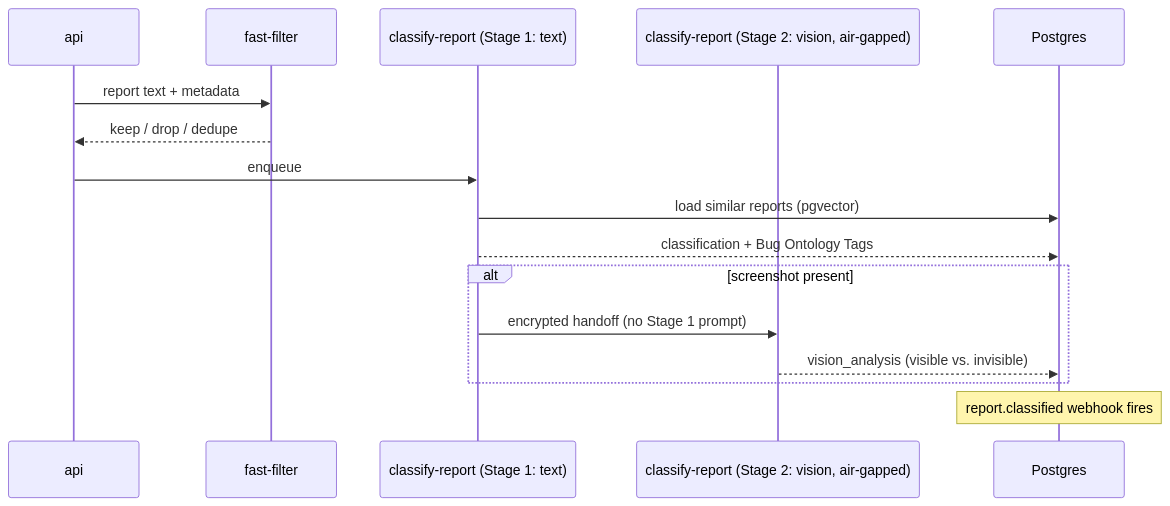
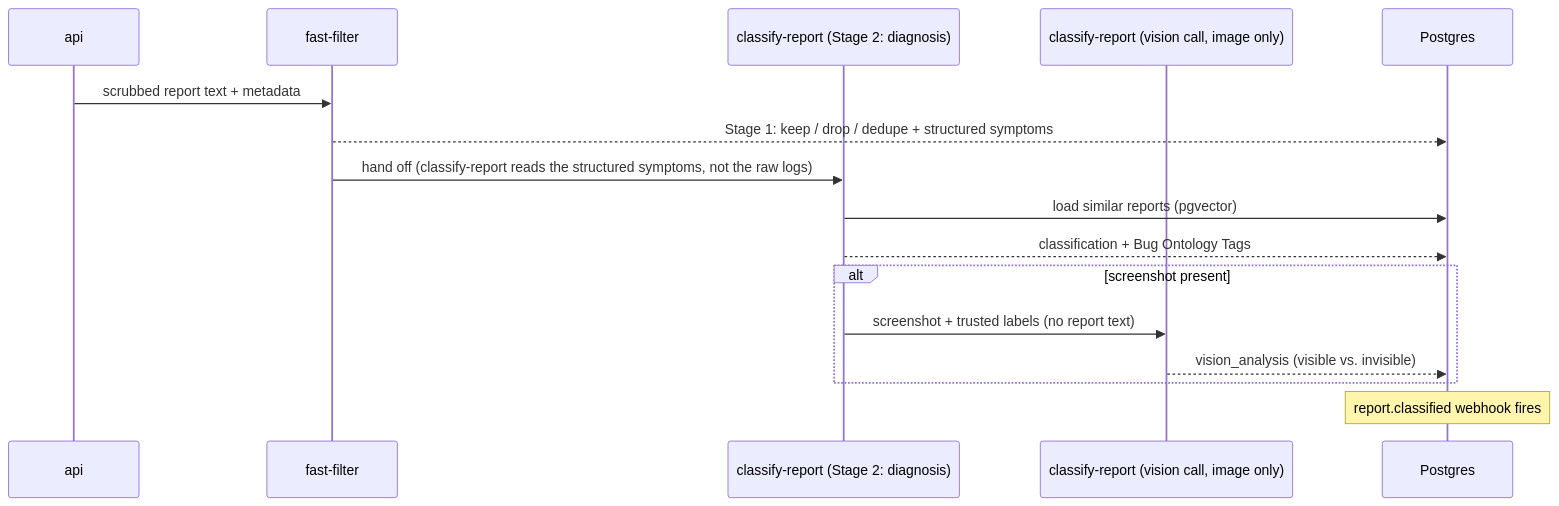
Before and after one commit to kensaurus/mushi-mushi: the diagram in apps/docs/content/concepts/classification.mdx, drawn with Mermaid. The commit also changed other lines of this file and 510 other files, not shown here.

````diff
--- a/apps/docs/content/concepts/classification.mdx
+++ b/apps/docs/content/concepts/classification.mdx
@@ -12,18 +12,18 @@
 ```mermaid
 sequenceDiagram
   participant API as api
   participant FF as fast-filter
-  participant CR as classify-report (Stage 1: text)
-  participant V as classify-report (Stage 2: vision, air-gapped)
+  participant CR as classify-report (Stage 2: diagnosis)
+  participant V as classify-report (vision call, image only)
   participant DB as Postgres
-  API->>FF: report text + metadata
-  FF-->>API: keep / drop / dedupe
-  API->>CR: enqueue
+  API->>FF: scrubbed report text + metadata
+  FF-->>DB: Stage 1: keep / drop / dedupe + structured symptoms
+  FF->>CR: hand off (classify-report reads the structured symptoms, not the raw logs)
   CR->>DB: load similar reports (pgvector)
   CR-->>DB: classification + Bug Ontology Tags
   alt screenshot present
-    CR->>V: encrypted handoff (no Stage 1 prompt)
+    CR->>V: screenshot + trusted labels (no report text)
     V-->>DB: vision_analysis (visible vs. invisible)
   end
   Note over DB: report.classified webhook fires
 ```
````
